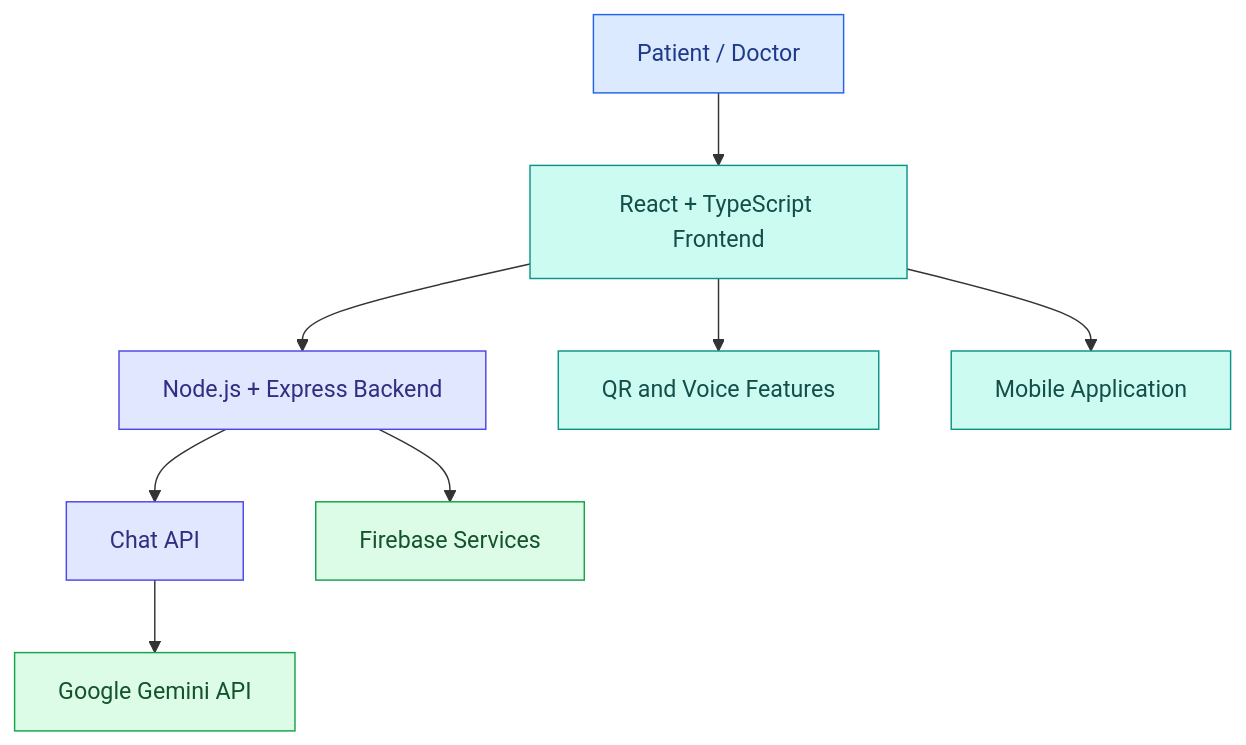
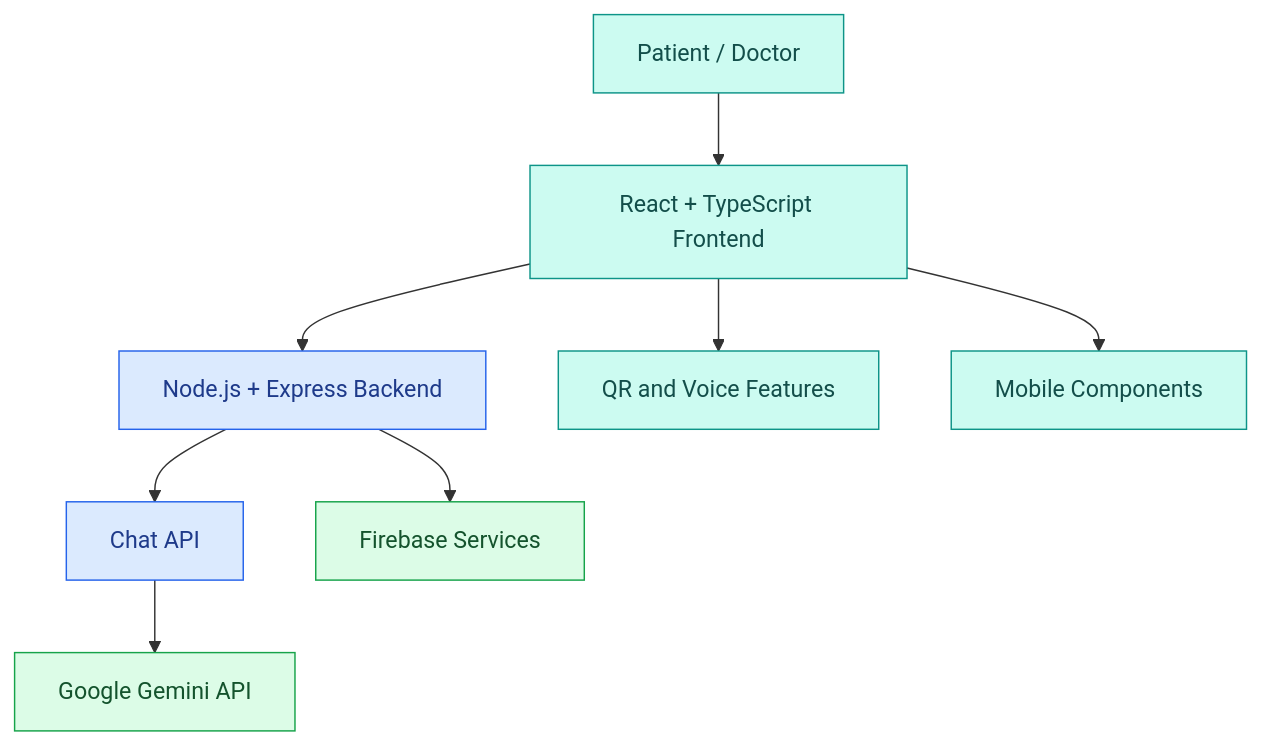
One commit to uiaryanyadav1109-dev/MedicalAI changed the diagram in README.md. Above: the diagram before and after it, drawn with Mermaid. The commit also changed other lines of this file, not shown here.

````diff
--- a/README.md
+++ b/README.md
@@ -66,20 +122,18 @@
 ```mermaid
 flowchart TD
     A["Patient / Doctor"] --> B["React + TypeScript Frontend"]
     B --> C["Node.js + Express Backend"]
     C --> D["Chat API"]
     D --> E["Google Gemini API"]
     C --> F["Firebase Services"]
     B --> G["QR and Voice Features"]
-    B --> H["Mobile Application"]
+    B --> H["Mobile Components"]
 
-    classDef user fill:#DBEAFE,stroke:#2563EB,color:#1E3A8A
     classDef frontend fill:#CCFBF1,stroke:#0D9488,color:#134E4A
-    classDef backend fill:#E0E7FF,stroke:#4F46E5,color:#312E81
-    classDef service fill:#DCFCE7,stroke:#16A34A,color:#14532D
+    classDef backend fill:#DBEAFE,stroke:#2563EB,color:#1E3A8A
+    classDef services fill:#DCFCE7,stroke:#16A34A,color:#14532D
 
-    class A user
-    class B,G,H frontend
+    class A,B,G,H frontend
     class C,D backend
-    class E,F service
+    class E,F services
 ```
````
